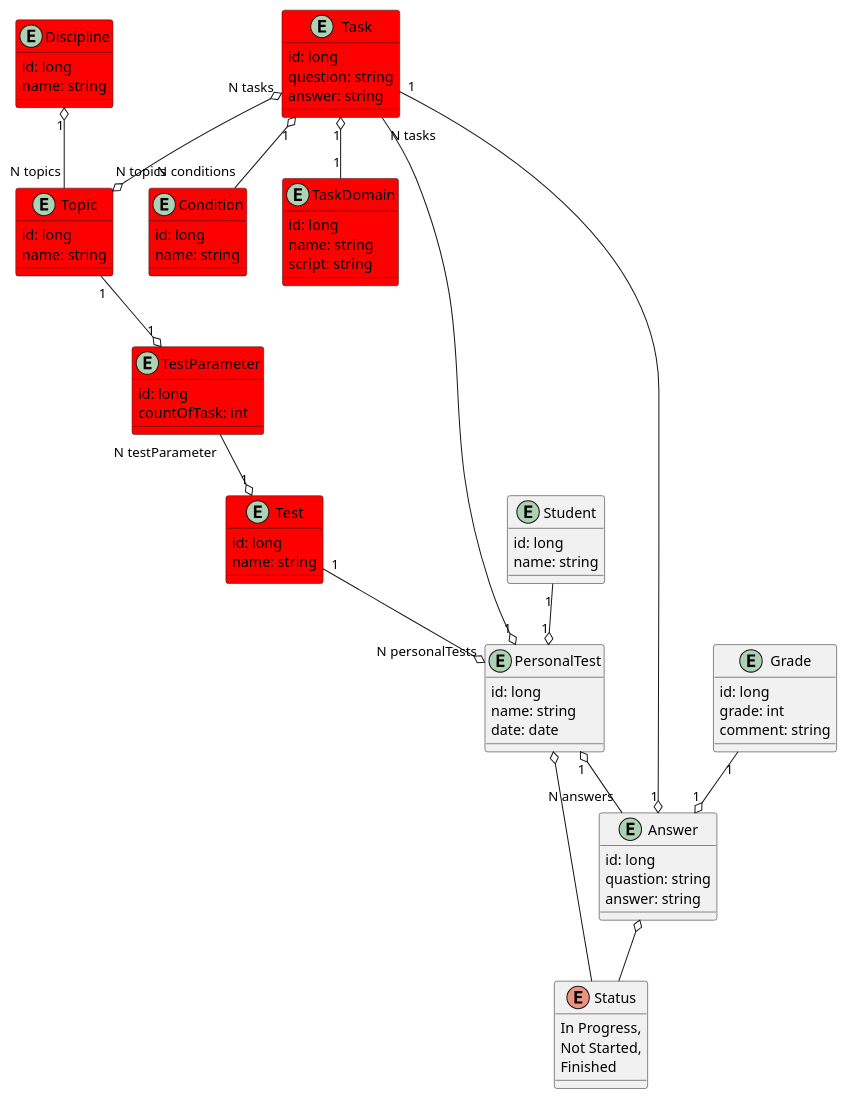
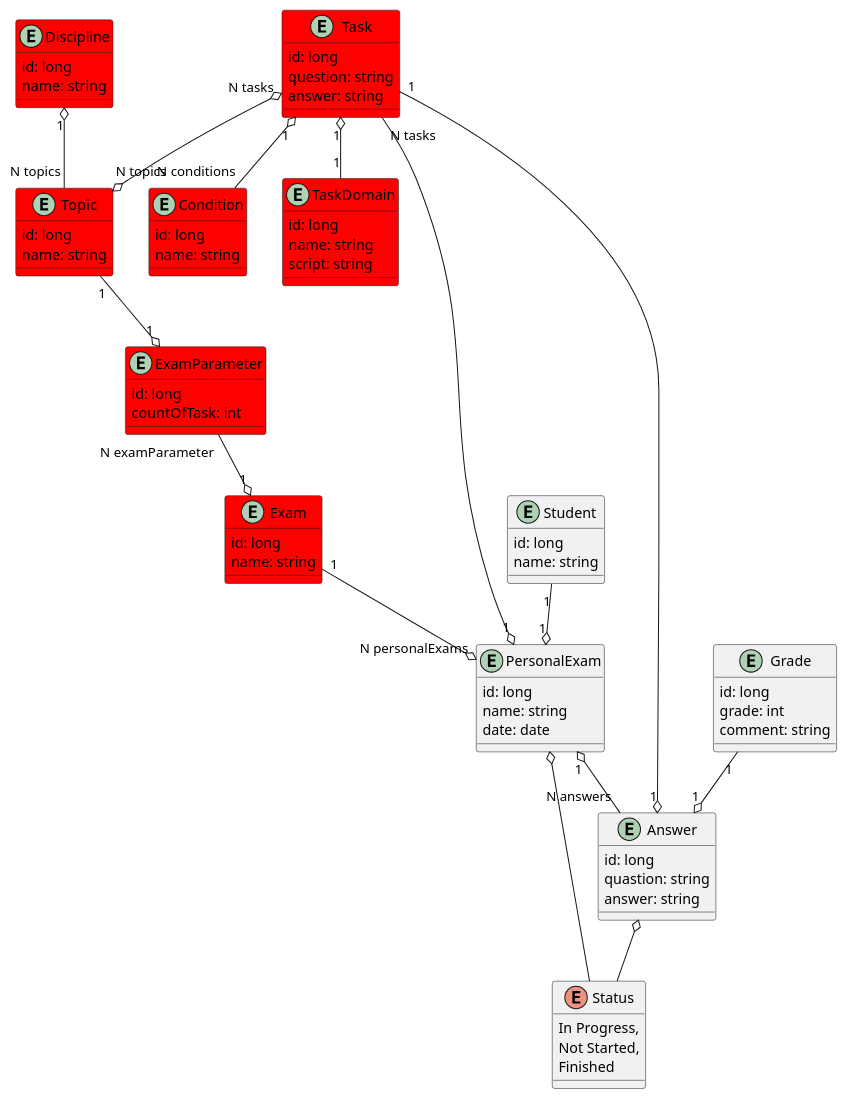
The diagram in documentation/diagrams/BomDiagram.puml (vereshaka/sytoss-trainee-platform5), drawn with PlantUML before and after one commit.

Commit message:
[STP-50] test to exam

```diff
--- a/documentation/diagrams/BomDiagram.puml
+++ b/documentation/diagrams/BomDiagram.puml
@@ -1,87 +1,87 @@
 @startuml
 
 entity Discipline #red{
 id: long
 name: string
 }
 
 entity Topic #red{
 id: long
 name: string
 }
 
 entity Task  #red{
 id: long
 question: string
 answer: string
 }
 
 entity Condition  #red{
 id: long
 name: string
 }
 
 entity TaskDomain  #red{
 id: long
 name: string
 script: string
 }
 
-entity Test  #red{
+entity Exam  #red{
 id: long
 name: string
 }
 
-entity PersonalTest {
+entity PersonalExam {
 id: long
 name: string
 date: date
 }
 
 entity Answer {
 id: long
 quastion: string
 answer: string
 }
 
 enum Status{
 In Progress,
 Not Started,
 Finished
 }
 
 entity Grade{
 id: long
 grade: int
 comment: string
 }
 
 entity Student{
 id: long
 name: string
 }
 
-entity TestParameter #red{
+entity ExamParameter #red{
 id: long
 countOfTask: int
 }
 
-TestParameter "N testParameter" --o "1" Test
-Topic "1" --o "1" TestParameter
+ExamParameter "N examParameter" --o "1" Exam
+Topic "1" --o "1" ExamParameter
 Answer o-- Status
-PersonalTest o-- Status
-PersonalTest "1" o-- "N answers" Answer
+PersonalExam o-- Status
+PersonalExam "1" o-- "N answers" Answer
 Task "1" --o "1" Answer
 Grade "1" --o "1" Answer
-Student "1" --o "1" PersonalTest
+Student "1" --o "1" PersonalExam
 Task "1" o-- "N conditions" Condition
 Task "N tasks" o--o "N topics" Topic
 Task "1" o-- "1" TaskDomain
-Task "N tasks" --o "1" PersonalTest
+Task "N tasks" --o "1" PersonalExam
 
 
-Test "1" --o "N personalTests" PersonalTest
+Exam "1" --o "N personalExams" PersonalExam
 
 Discipline "1" o-- "N topics" Topic
 
 @enduml
```
